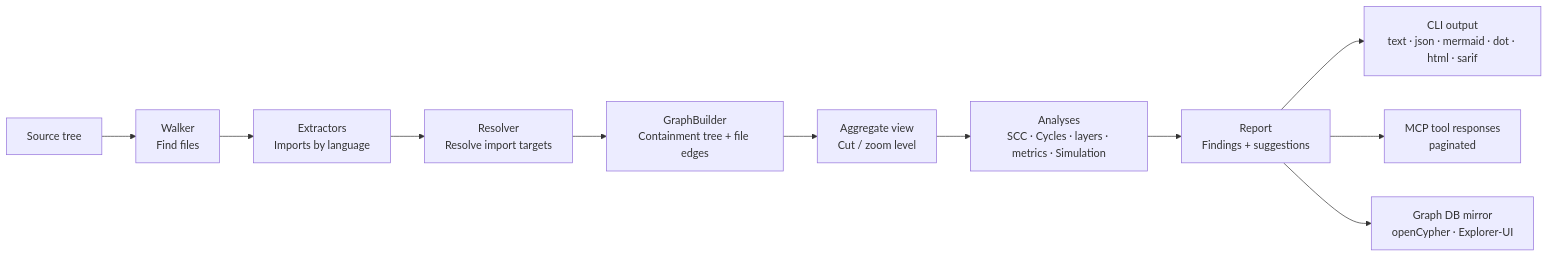
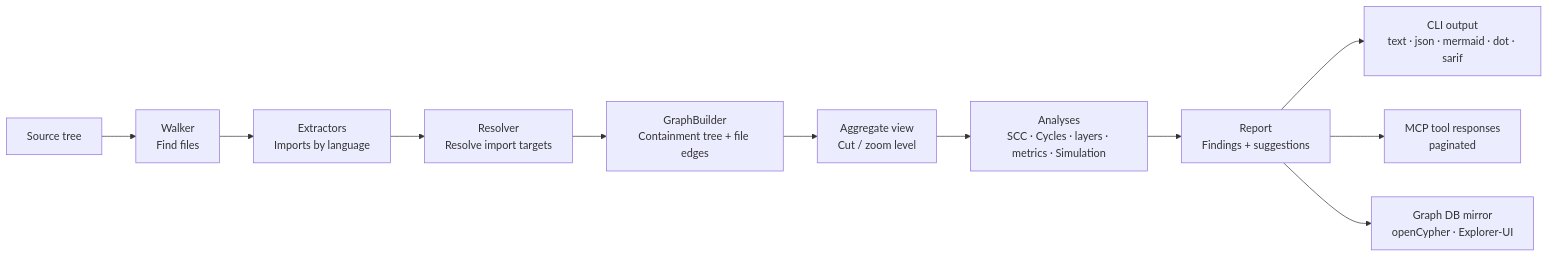
The first of 2 diagrams in ARCHITECTURE.md (svenhartmann/ArchGuard), drawn with Mermaid before and after one commit. The commit also changed other lines of this file and 34 other files, not shown here.

````diff
--- a/ARCHITECTURE.md
+++ b/ARCHITECTURE.md
@@ -55,13 +55,13 @@
 ```mermaid
 graph LR
     A[Source tree] --> B[Walker<br/>Find files]
     B --> C[Extractors<br/>Imports by language]
     C --> D[Resolver<br/>Resolve import targets]
     D --> E[GraphBuilder<br/>Containment tree + file edges]
     E --> V[Aggregate view<br/>Cut / zoom level]
     V --> F[Analyses<br/>SCC · Cycles · layers · metrics · Simulation]
     F --> G[Report<br/>Findings + suggestions]
-    G --> H1[CLI output<br/>text · json · mermaid · dot · html · sarif]
+    G --> H1[CLI output<br/>text · json · mermaid · dot · sarif]
     G --> H2[MCP tool responses<br/>paginated]
     G --> H3[Graph DB mirror<br/>openCypher · Explorer-UI]
 ```
````
